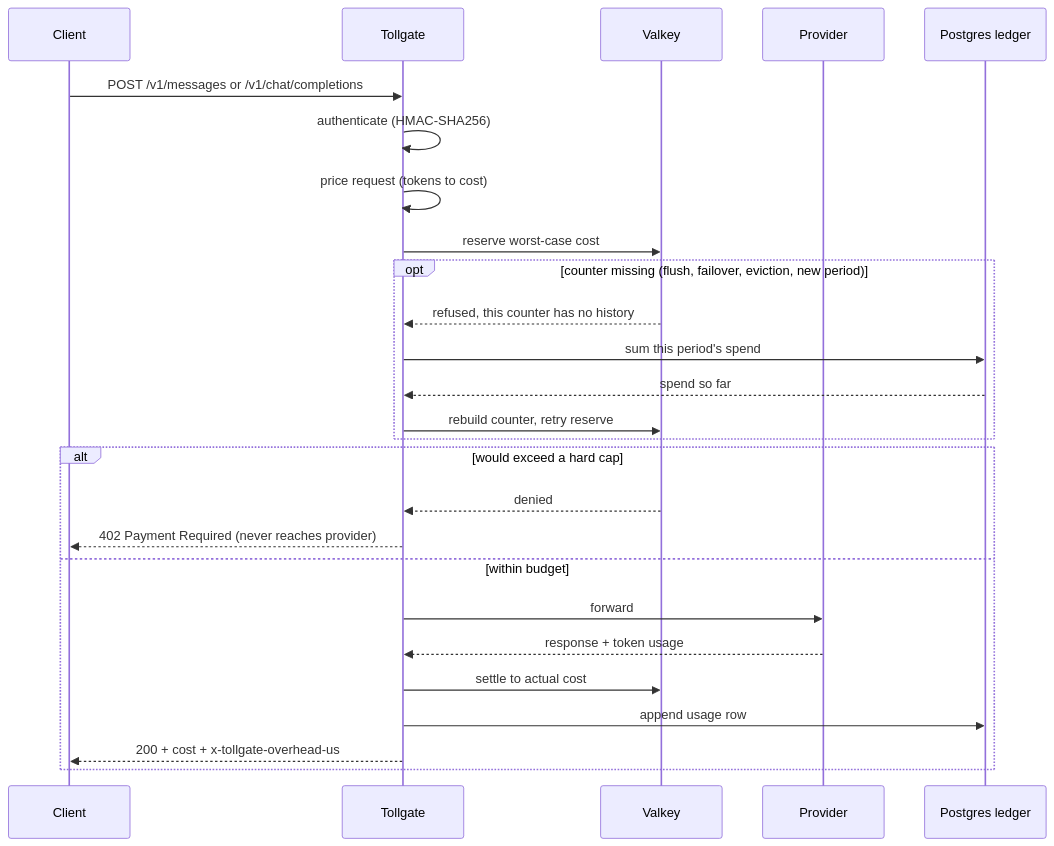
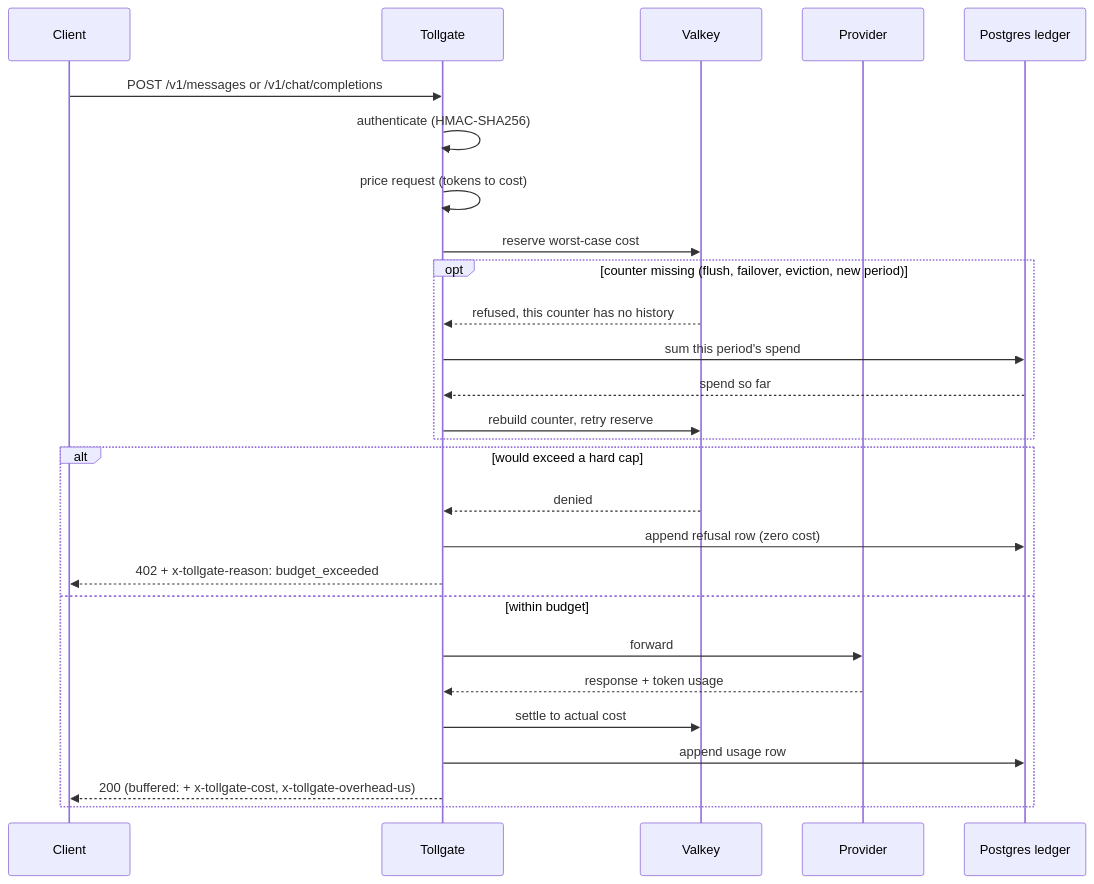
The second of 2 diagrams in README.md (sakura-sky/tollgate), drawn with Mermaid before and after one commit. The commit also changed other lines of this file and 27 other files, not shown here.

````diff
--- a/README.md
+++ b/README.md
@@ -39,28 +39,29 @@
 ```mermaid
 sequenceDiagram
   participant C as Client
   participant T as Tollgate
   participant V as Valkey
   participant P as Provider
   participant L as Postgres ledger
   C->>T: POST /v1/messages or /v1/chat/completions
   T->>T: authenticate (HMAC-SHA256)
   T->>T: price request (tokens to cost)
   T->>V: reserve worst-case cost
   opt counter missing (flush, failover, eviction, new period)
     V-->>T: refused, this counter has no history
     T->>L: sum this period's spend
     L-->>T: spend so far
     T->>V: rebuild counter, retry reserve
   end
   alt would exceed a hard cap
     V-->>T: denied
-    T-->>C: 402 Payment Required (never reaches provider)
+    T->>L: append refusal row (zero cost)
+    T-->>C: 402 + x-tollgate-reason: budget_exceeded
   else within budget
     T->>P: forward
     P-->>T: response + token usage
     T->>V: settle to actual cost
     T->>L: append usage row
-    T-->>C: 200 + cost + x-tollgate-overhead-us
+    T-->>C: 200 (buffered: + x-tollgate-cost, x-tollgate-overhead-us)
   end
 ```
````
